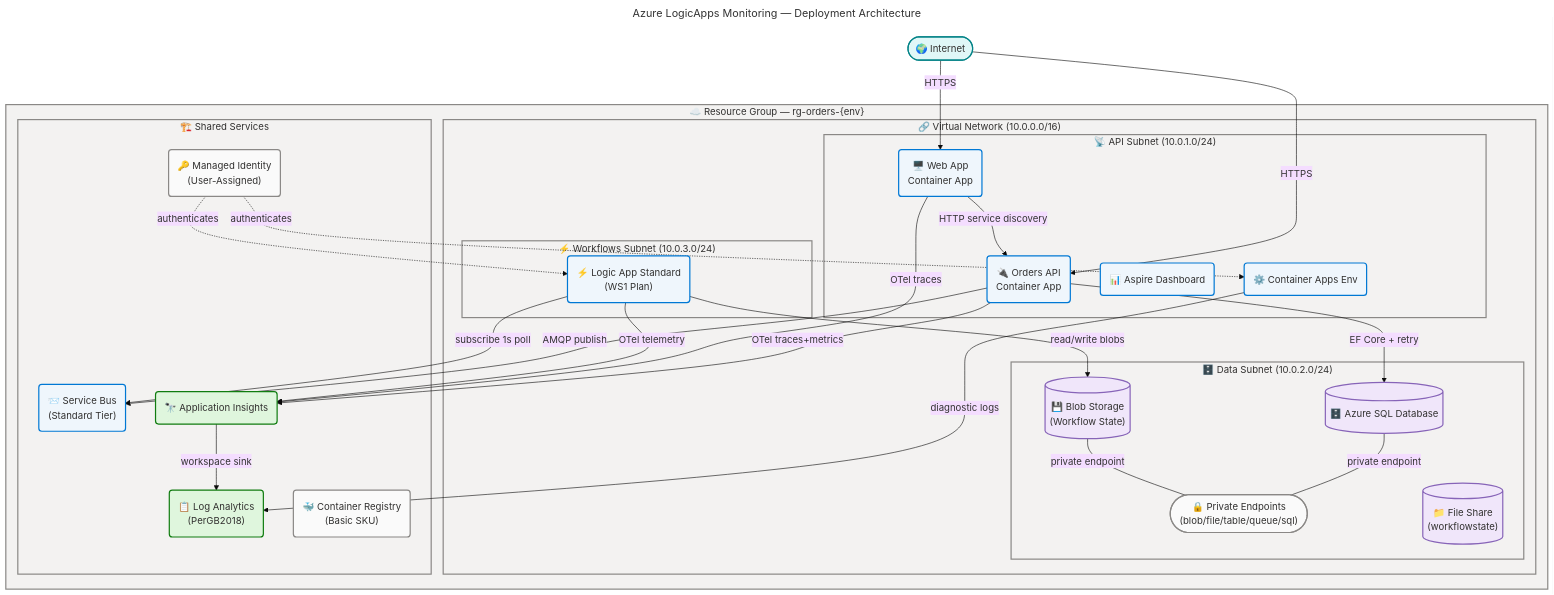
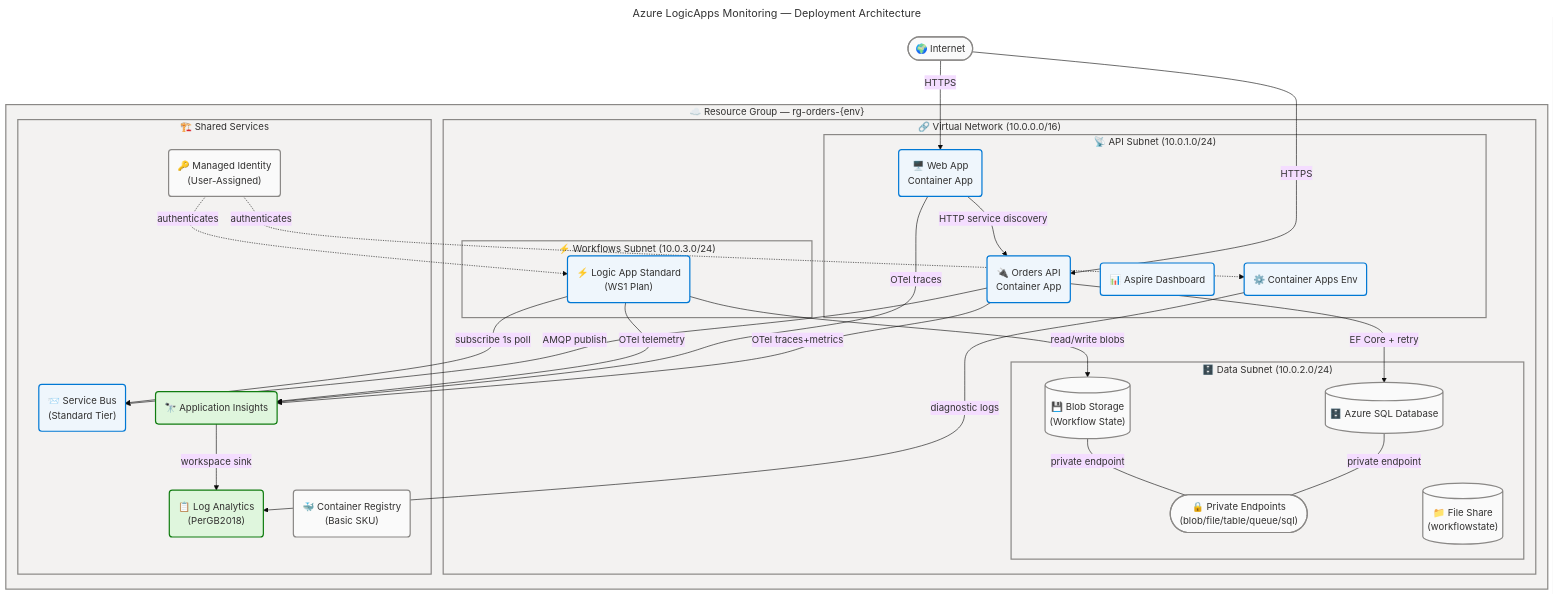
Before and after one commit to Evilazaro/Azure-LogicApps-Monitoring: the first of 2 diagrams in docs/architecture/technology-architecture.md, drawn with Mermaid. The commit also changed other lines of this file and 2 other files, not shown here.

Commit message:
style: Update class definitions in architecture diagrams to use 'neutral' for data elements

```diff
--- a/docs/architecture/technology-architecture.md
+++ b/docs/architecture/technology-architecture.md
@@ -208,7 +208,7 @@
     %% PHASE 5 - STANDARD: Governance block present, classDefs centralized
     %% ═══════════════════════════════════════════════════════════════════════════
 
-    Internet(["🌍 Internet"]):::external
+    Internet(["🌍 Internet"]):::neutral
 
     subgraph RG["☁️ Resource Group — rg-orders-{env}"]
         subgraph VNet["🔗 Virtual Network (10.0.0.0/16)"]
@@ -223,9 +223,9 @@
             end
             subgraph DataSubnet["🗄️ Data Subnet (10.0.2.0/24)"]
                 PrivEP(["🔒 Private Endpoints<br/>(blob/file/table/queue/sql)"]):::neutral
-                SQL[("🗄️ Azure SQL Database")]:::data
-                BlobWF[("💾 Blob Storage<br/>(Workflow State)")]:::data
-                FileShare[("📁 File Share<br/>(workflowstate)")]:::data
+                SQL[("🗄️ Azure SQL Database")]:::neutral
+                BlobWF[("💾 Blob Storage<br/>(Workflow State)")]:::neutral
+                FileShare[("📁 File Share<br/>(workflowstate)")]:::neutral
             end
         end
         subgraph Shared["🏗️ Shared Services"]
@@ -258,8 +258,6 @@
     classDef neutral fill:#FAFAFA,stroke:#8A8886,stroke-width:2px,color:#323130
     classDef core fill:#EFF6FC,stroke:#0078D4,stroke-width:2px,color:#323130
     classDef success fill:#DFF6DD,stroke:#107C10,stroke-width:2px,color:#323130
-    classDef data fill:#F0E6FA,stroke:#8764B8,stroke-width:2px,color:#323130
-    classDef external fill:#E0F7F7,stroke:#038387,stroke-width:2px,color:#323130
 
     %% Subgraph style directives (AZURE/FLUENT v1.1 — style directive only)
     style RG fill:#F3F2F1,stroke:#8A8886,stroke-width:2px,color:#323130
```
